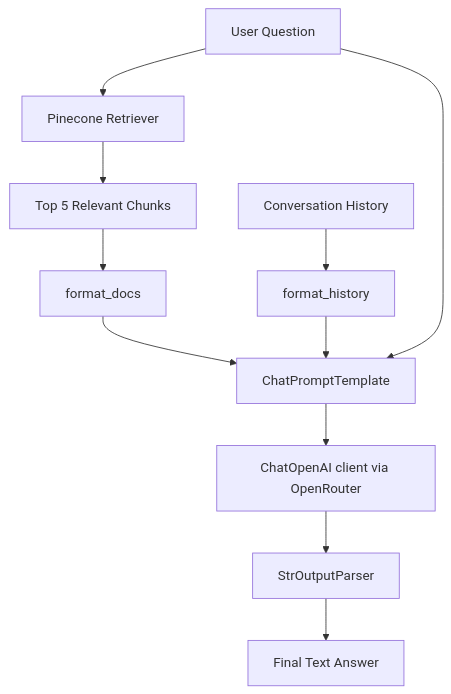
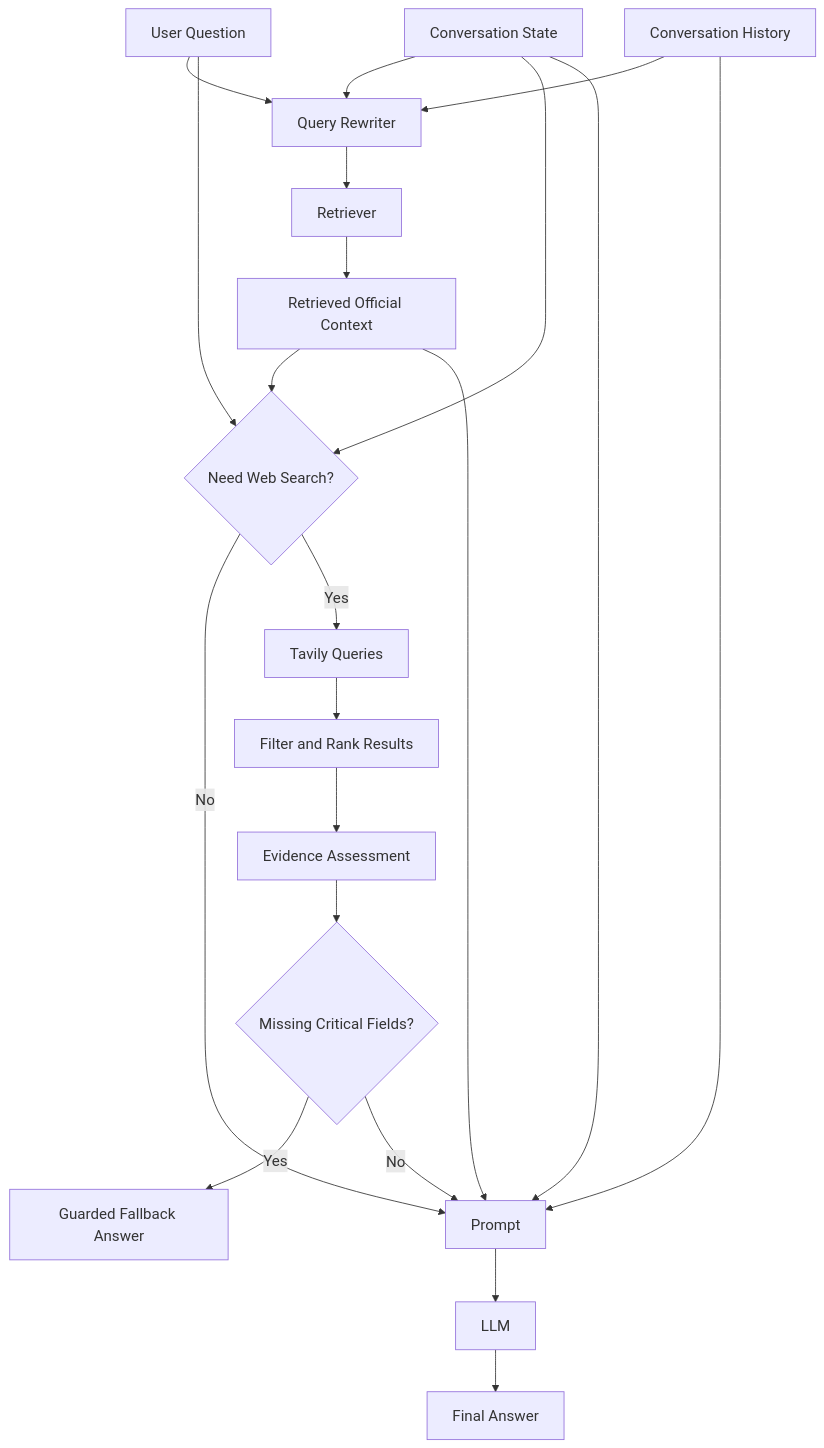
One commit to BunkhloemPEL/tvet-chatbot changed the fifth of 6 diagrams in PROJECT_DOCUMENTATION.md. Above: the diagram before and after it, drawn with Mermaid. The commit also changed other lines of this file and 14 other files, not shown here.

````diff
--- a/PROJECT_DOCUMENTATION.md
+++ b/PROJECT_DOCUMENTATION.md
@@ -522,16 +523,27 @@
 ```mermaid
+%%{init: {"themeVariables": {"fontSize": "18px"}, "themeCSS": ".nodeLabel, .edgeLabel, .label, .actor, .messageText, .loopText { font-weight: 700 !important; }"}}%%
 flowchart TD
-    Q[User Question] --> Retriever[Pinecone Retriever]
-    Retriever --> Docs[Top 5 Relevant Chunks]
-    Docs --> FormatDocs[format_docs]
+    Q[User Question] --> QR[Query Rewriter]
+    H[Conversation History] --> QR
+    S[Conversation State] --> QR
 
-    H[Conversation History] --> FormatHistory[format_history]
+    QR --> R[Retriever]
+    R --> D[Retrieved Official Context]
 
-    FormatDocs --> Prompt[ChatPromptTemplate]
-    FormatHistory --> Prompt
-    Q --> Prompt
+    Q --> W{Need Web Search?}
+    S --> W
+    D --> W
+    W -->|No| P[Prompt]
+    W -->|Yes| T[Tavily Queries]
+    T --> F[Filter and Rank Results]
+    F --> E[Evidence Assessment]
+    E --> G{Missing Critical Fields?}
+    G -->|Yes| Guarded[Guarded Fallback Answer]
+    G -->|No| P
 
-    Prompt --> LLM[ChatOpenAI client via OpenRouter]
-    LLM --> Parser[StrOutputParser]
-    Parser --> Answer[Final Text Answer]
+    D --> P
+    H --> P
+    S --> P
+    P --> LLM[LLM]
+    LLM --> A[Final Answer]
 ```
````
